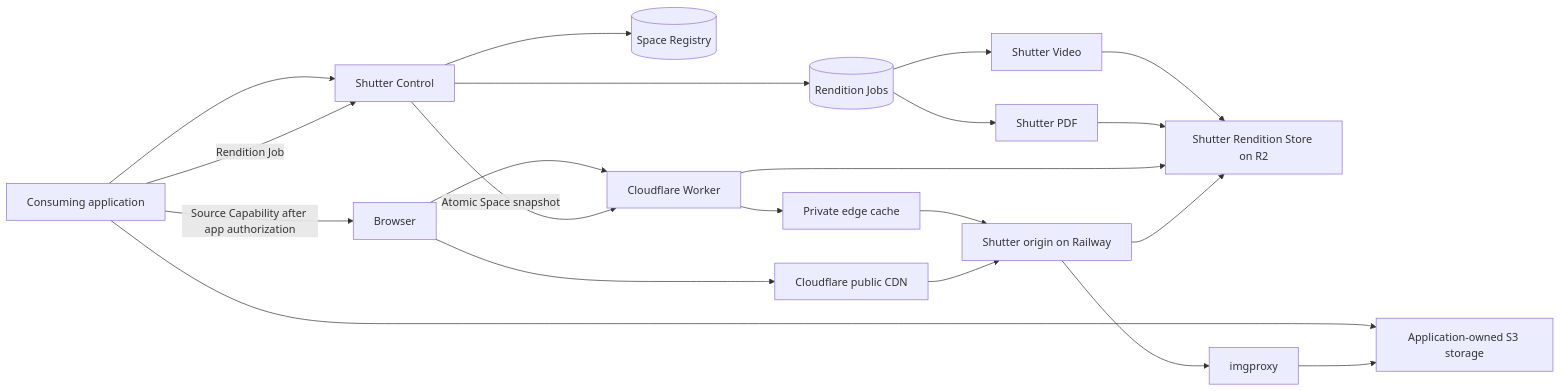
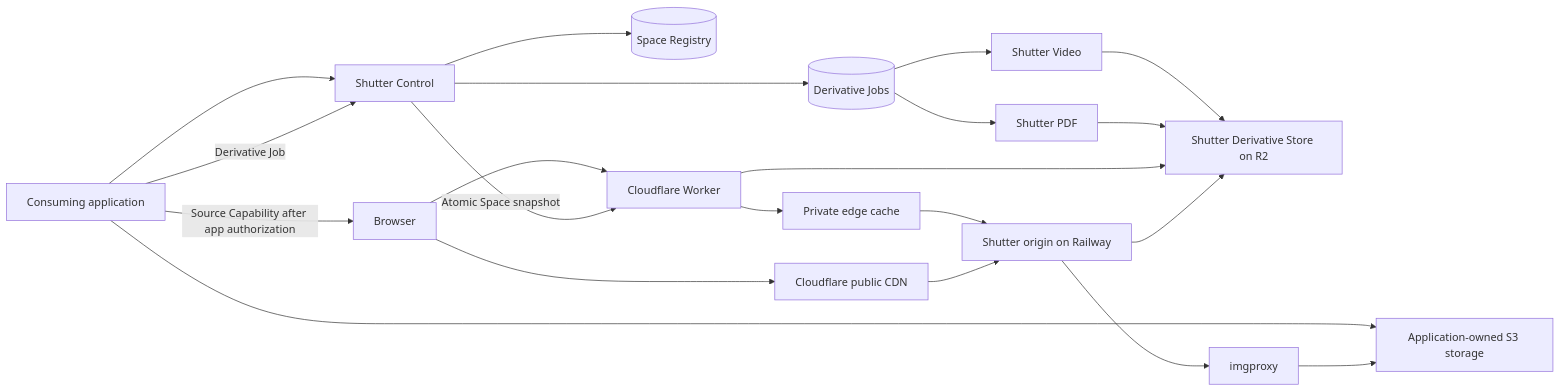
The diagram in docs/architecture.md (Traydr/shutter), drawn with Mermaid before and after one commit. The commit also changed other lines of this file and 61 other files, not shown here.

First line of the commit message:
Fold Rendition into Derivative across glossary, code, and docs

````diff
--- a/docs/architecture.md
+++ b/docs/architecture.md
@@ -13,22 +13,22 @@
 ```mermaid
 flowchart LR
   app["Consuming application"] --> control["Shutter Control"]
   control --> registry[("Space Registry")]
   app --> source["Application-owned S3 storage"]
-  app -->|"Rendition Job"| control
-  control --> jobs[("Rendition Jobs")]
+  app -->|"Derivative Job"| control
+  control --> jobs[("Derivative Jobs")]
   jobs --> video["Shutter Video"]
   jobs --> pdf["Shutter PDF"]
-  video --> derived["Shutter Rendition Store on R2"]
+  video --> derived["Shutter Derivative Store on R2"]
   pdf --> derived
   browser["Browser"] --> worker["Cloudflare Worker"]
   control -->|"Atomic Space snapshot"| worker
   worker --> privateCache["Private edge cache"]
   browser --> publicCache["Cloudflare public CDN"]
   privateCache --> origin["Shutter origin on Railway"]
   publicCache --> origin
   origin --> image["imgproxy"] --> source
   worker --> derived
   origin --> derived
   app -->|"Source Capability after app authorization"| browser
 ```
````
